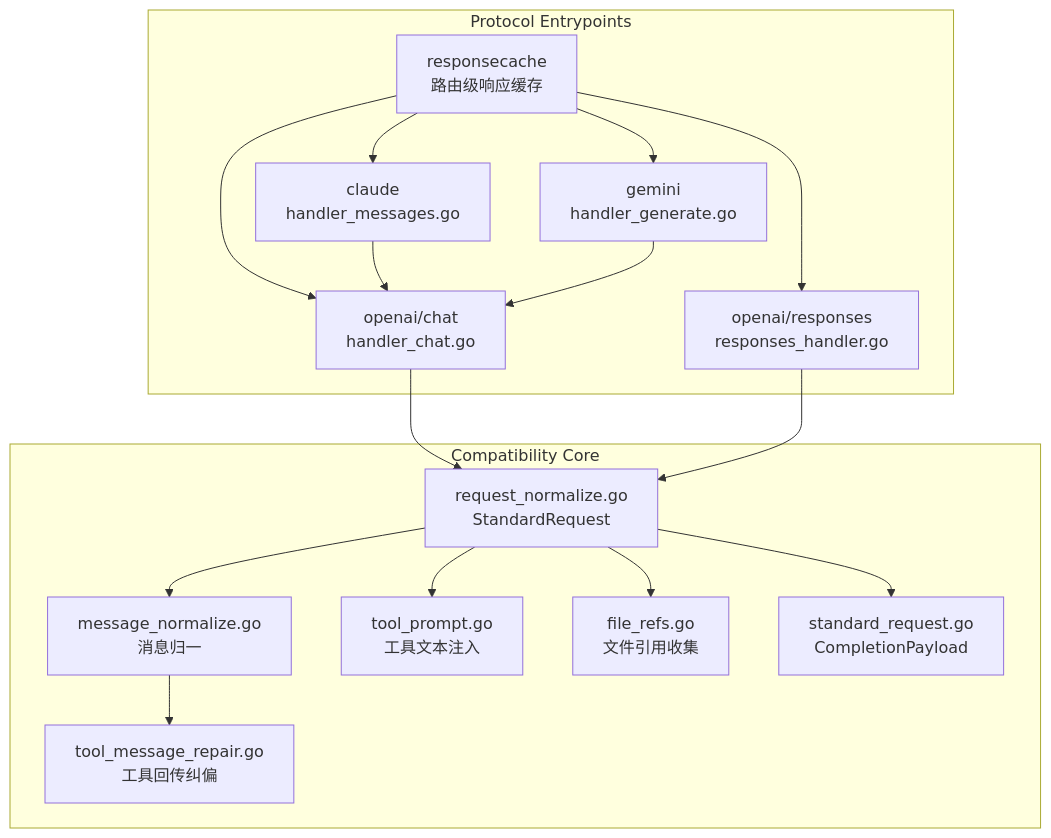
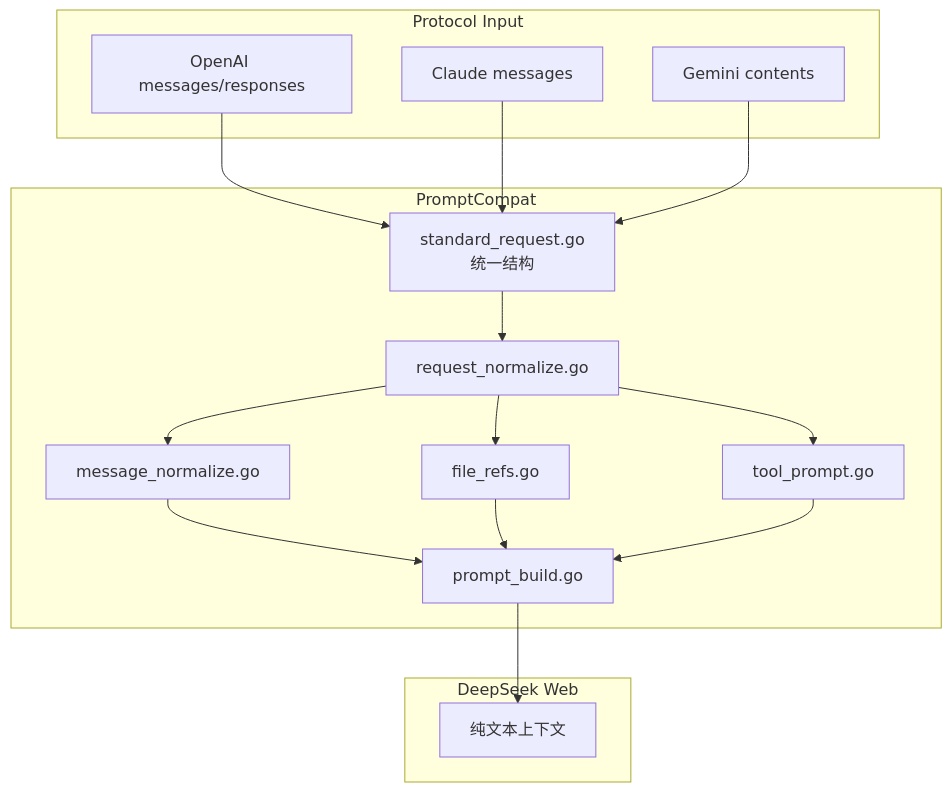
One commit to marklove5102/DeepSeek_Web_To_API changed the first of 2 diagrams in docs/prompt-compatibility.md. Above: the diagram before and after it, drawn with Mermaid. The commit also changed other lines of this file and 27 other files, not shown here.

````diff
--- a/docs/prompt-compatibility.md
+++ b/docs/prompt-compatibility.md
@@ -56,31 +33,30 @@
 ```mermaid
 graph TB
-subgraph "Protocol Entrypoints"
-RCACHE["responsecache<br/>路由级响应缓存"]
-CHAT["openai/chat<br/>handler_chat.go"]
-RESP["openai/responses<br/>responses_handler.go"]
-CLAUDE["claude<br/>handler_messages.go"]
-GEMINI["gemini<br/>handler_generate.go"]
+subgraph "Protocol Input"
+OPENAI["OpenAI messages/responses"]
+CLAUDE["Claude messages"]
+GEMINI["Gemini contents"]
 end
-subgraph "Compatibility Core"
-NORM["request_normalize.go<br/>StandardRequest"]
-MSG["message_normalize.go<br/>消息归一"]
-REPAIR["tool_message_repair.go<br/>工具回传纠偏"]
-TOOLS["tool_prompt.go<br/>工具文本注入"]
-FILES["file_refs.go<br/>文件引用收集"]
-PAYLOAD["standard_request.go<br/>CompletionPayload"]
+subgraph "PromptCompat"
+STANDARD["standard_request.go<br/>统一结构"]
+REQ["request_normalize.go"]
+MSG["message_normalize.go"]
+FILES["file_refs.go"]
+TOOLS["tool_prompt.go"]
+BUILD["prompt_build.go"]
 end
-RCACHE --> CHAT
-RCACHE --> RESP
-RCACHE --> CLAUDE
-RCACHE --> GEMINI
-CHAT --> NORM
-RESP --> NORM
-CLAUDE --> CHAT
-GEMINI --> CHAT
-NORM --> MSG
-MSG --> REPAIR
-NORM --> TOOLS
-NORM --> FILES
-NORM --> PAYLOAD
+subgraph "DeepSeek Web"
+TEXT["纯文本上下文"]
+end
+OPENAI --> STANDARD
+CLAUDE --> STANDARD
+GEMINI --> STANDARD
+STANDARD --> REQ
+REQ --> MSG
+REQ --> FILES
+REQ --> TOOLS
+MSG --> BUILD
+FILES --> BUILD
+TOOLS --> BUILD
+BUILD --> TEXT
 ```
````
